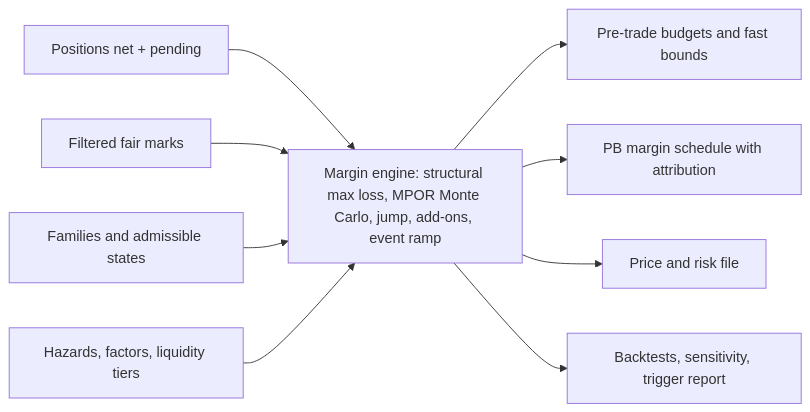
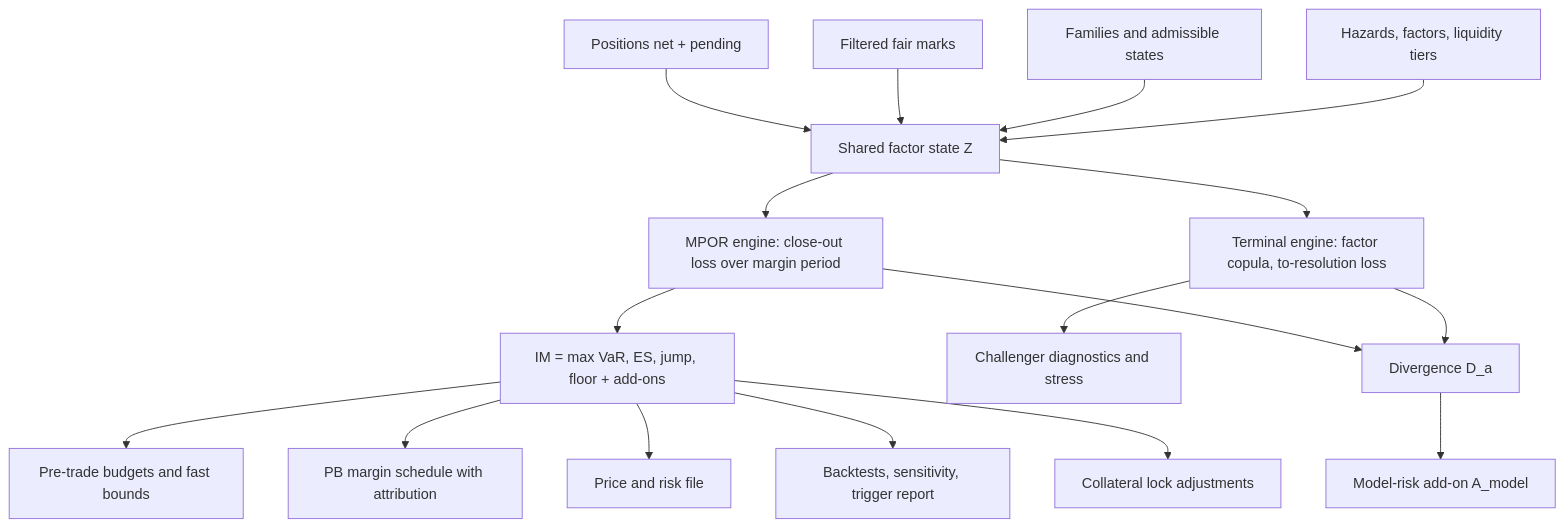
The third of 8 diagrams in docs/diagrams.md (LevonDerma1221/swans-docs), drawn with Mermaid before and after one commit. The commit also changed other lines of this file and 14 other files, not shown here.

First line of the commit message:
Integrate risk engine spec v3.0: two-engine architecture, formal margin math, model governance

````diff
--- a/docs/diagrams.md
+++ b/docs/diagrams.md
@@ -82,12 +82,19 @@
 ```mermaid
-flowchart LR
-  IN1[Positions net + pending] --> E
-  IN2[Filtered fair marks] --> E
-  IN3[Families and admissible states] --> E
-  IN4[Hazards, factors, liquidity tiers] --> E
-  E[Margin engine: structural max loss, MPOR Monte Carlo, jump, add-ons, event ramp]
-  E --> O1[Pre-trade budgets and fast bounds]
-  E --> O2[PB margin schedule with attribution]
-  E --> O3[Price and risk file]
-  E --> O4[Backtests, sensitivity, trigger report]
+flowchart TB
+  IN1[Positions net + pending] --> SHARED[Shared factor state Z]
+  IN2[Filtered fair marks] --> SHARED
+  IN3[Families and admissible states] --> SHARED
+  IN4[Hazards, factors, liquidity tiers] --> SHARED
+  SHARED --> MPOR[MPOR engine: close-out loss over margin period]
+  SHARED --> TERM[Terminal engine: factor copula, to-resolution loss]
+  MPOR --> IM[IM = max VaR, ES, jump, floor + add-ons]
+  TERM --> DIAG[Challenger diagnostics and stress]
+  MPOR --> DIV[Divergence D_a]
+  TERM --> DIV
+  DIV --> AMOD[Model-risk add-on A_model]
+  IM --> O1[Pre-trade budgets and fast bounds]
+  IM --> O2[PB margin schedule with attribution]
+  IM --> O3[Price and risk file]
+  IM --> O4[Backtests, sensitivity, trigger report]
+  IM --> O5[Collateral lock adjustments]
 ```
````
